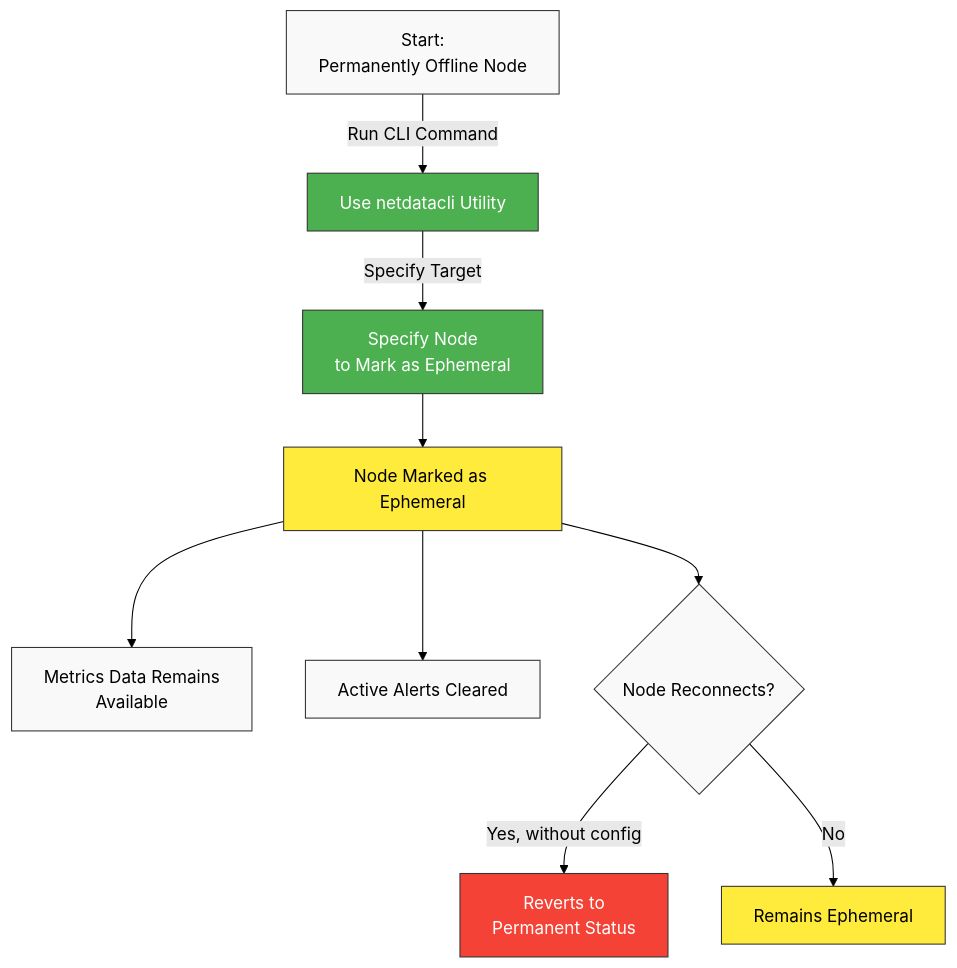
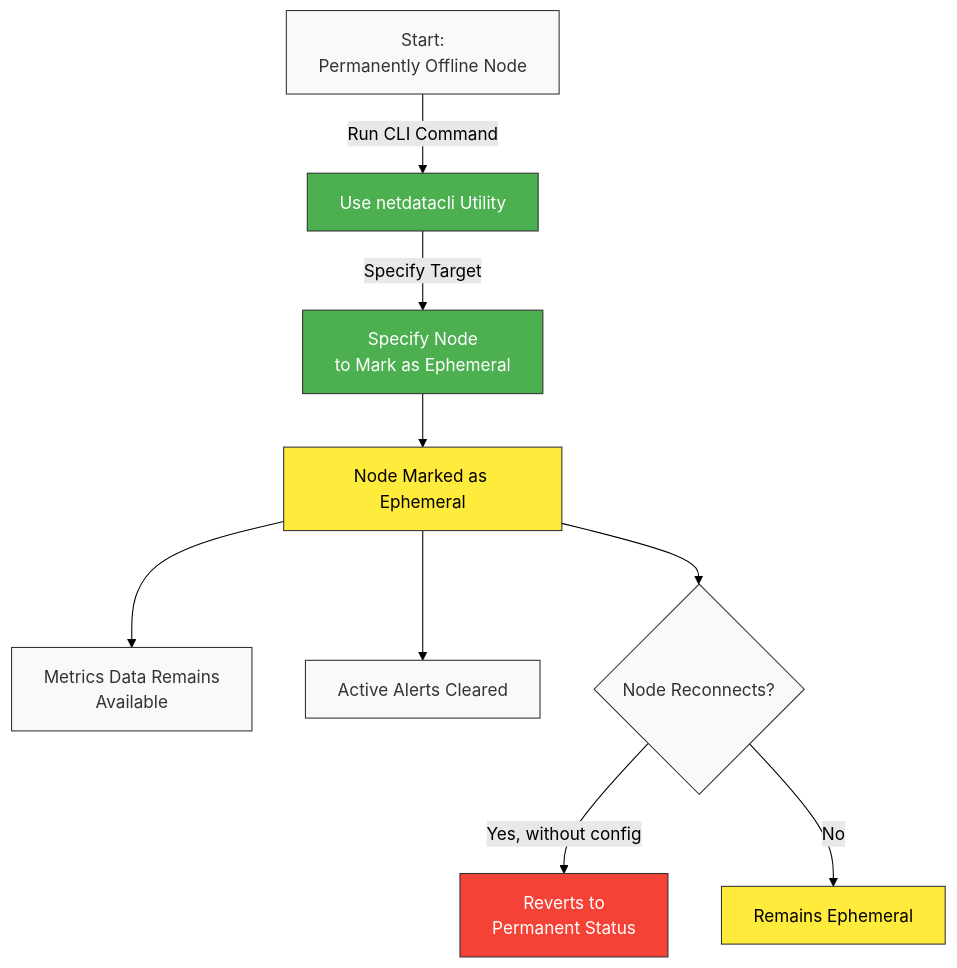
The second of 4 diagrams in docs/nodes-ephemerality.md (netdata/netdata), drawn with Mermaid (forest theme) before and after one commit. The commit also changed other lines of this file and 3 other files, not shown here.

Commit message:
adjust mermaid node config for dark theme

````diff
--- a/docs/nodes-ephemerality.md
+++ b/docs/nodes-ephemerality.md
@@ -67,21 +67,21 @@
 ```mermaid
 flowchart TD
     A[Start:<br> Permanently Offline Node] -->|Run CLI Command| B[Use netdatacli Utility]
     B -->|Specify Target| C[Specify Node<br> to Mark as Ephemeral]
     C --> D[Node Marked as Ephemeral]
     D --> E[Metrics Data Remains<br> Available]
     D --> F[Active Alerts Cleared]
     D --> G{Node Reconnects?}
     G -->|Yes, without config| H[Reverts to<br> Permanent Status]
     G -->|No| I[Remains Ephemeral]
     
-    style A fill:#f9f9f9,stroke:#333,stroke-width:1px
+    style A fill:#f9f9f9,stroke:#333,stroke-width:1px,color:#333
     style B fill:#4caf50,stroke:#333,stroke-width:1px,color:white
     style C fill:#4caf50,stroke:#333,stroke-width:1px,color:white
     style D fill:#ffeb3b,stroke:#333,stroke-width:1px,color:black
-    style E fill:#f9f9f9,stroke:#333,stroke-width:1px
-    style F fill:#f9f9f9,stroke:#333,stroke-width:1px
-    style G fill:#f9f9f9,stroke:#333,stroke-width:1px,color:black
+    style E fill:#f9f9f9,stroke:#333,stroke-width:1px,color:#333
+    style F fill:#f9f9f9,stroke:#333,stroke-width:1px,color:#333
+    style G fill:#f9f9f9,stroke:#333,stroke-width:1px,color:#333
     style H fill:#f44336,stroke:#333,stroke-width:1px,color:white
     style I fill:#ffeb3b,stroke:#333,stroke-width:1px,color:black
 ```
````
